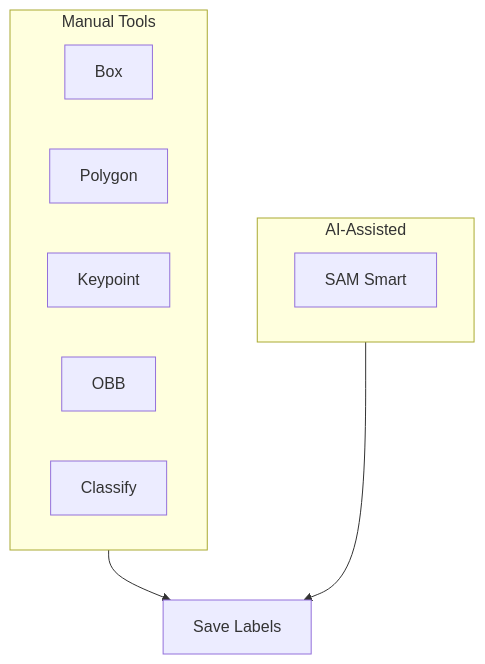
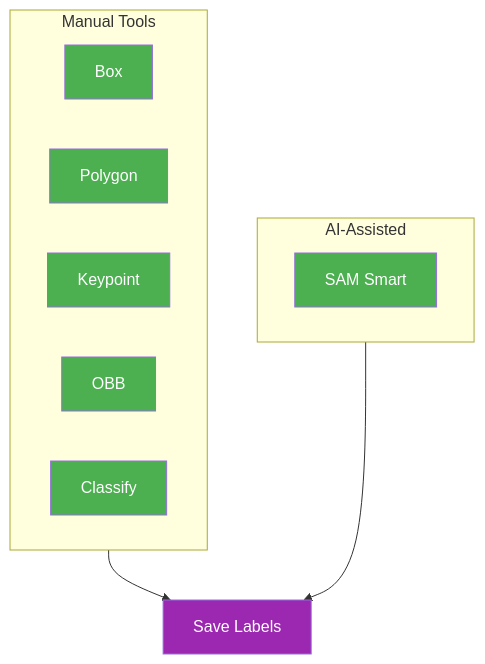
Before and after one commit to medusa717/AI-ULTRALYTICS: the first of 3 diagrams in docs/en/platform/data/annotation.md, drawn with Mermaid. The commit also changed other lines of this file and 18 other files, not shown here.

Commit message:
Standardize Mermaid diagram colors across docs (#24932)

````diff
--- a/docs/en/platform/data/annotation.md
+++ b/docs/en/platform/data/annotation.md
@@ -13,11 +13,14 @@
 ```mermaid
 graph TB
     subgraph Manual["Manual Tools"]
-        A[Box] & B[Polygon] & C[Keypoint] & D[OBB] & E[Classify]
+        A[Box]:::start & B[Polygon]:::start & C[Keypoint]:::start & D[OBB]:::start & E[Classify]:::start
     end
     subgraph AI["AI-Assisted"]
-        F[SAM Smart]
+        F[SAM Smart]:::start
     end
-    Manual --> H[Save Labels]
+    Manual --> H[Save Labels]:::out
     AI --> H
+
+    classDef start fill:#4CAF50,color:#fff
+    classDef out fill:#9C27B0,color:#fff
 ```
````
